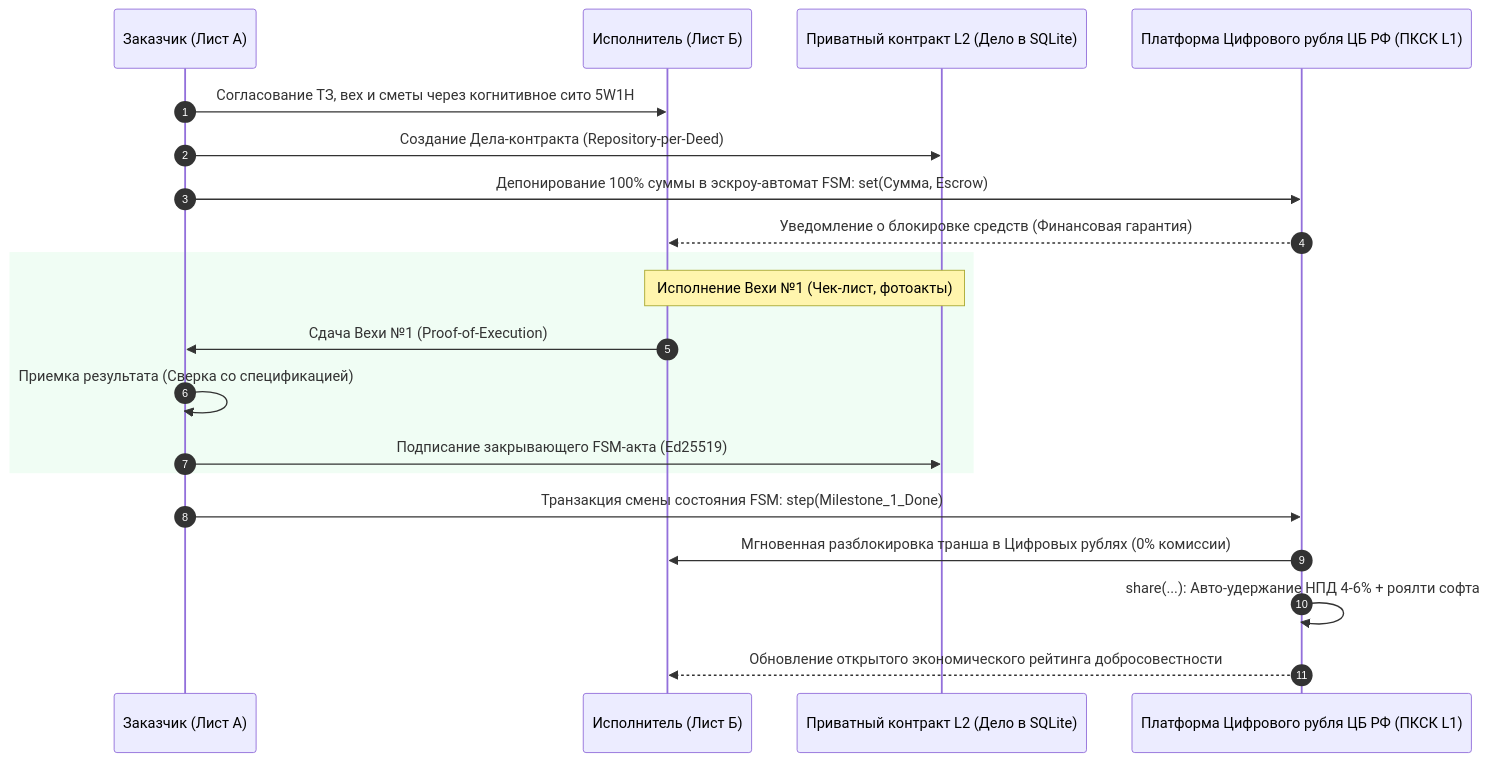
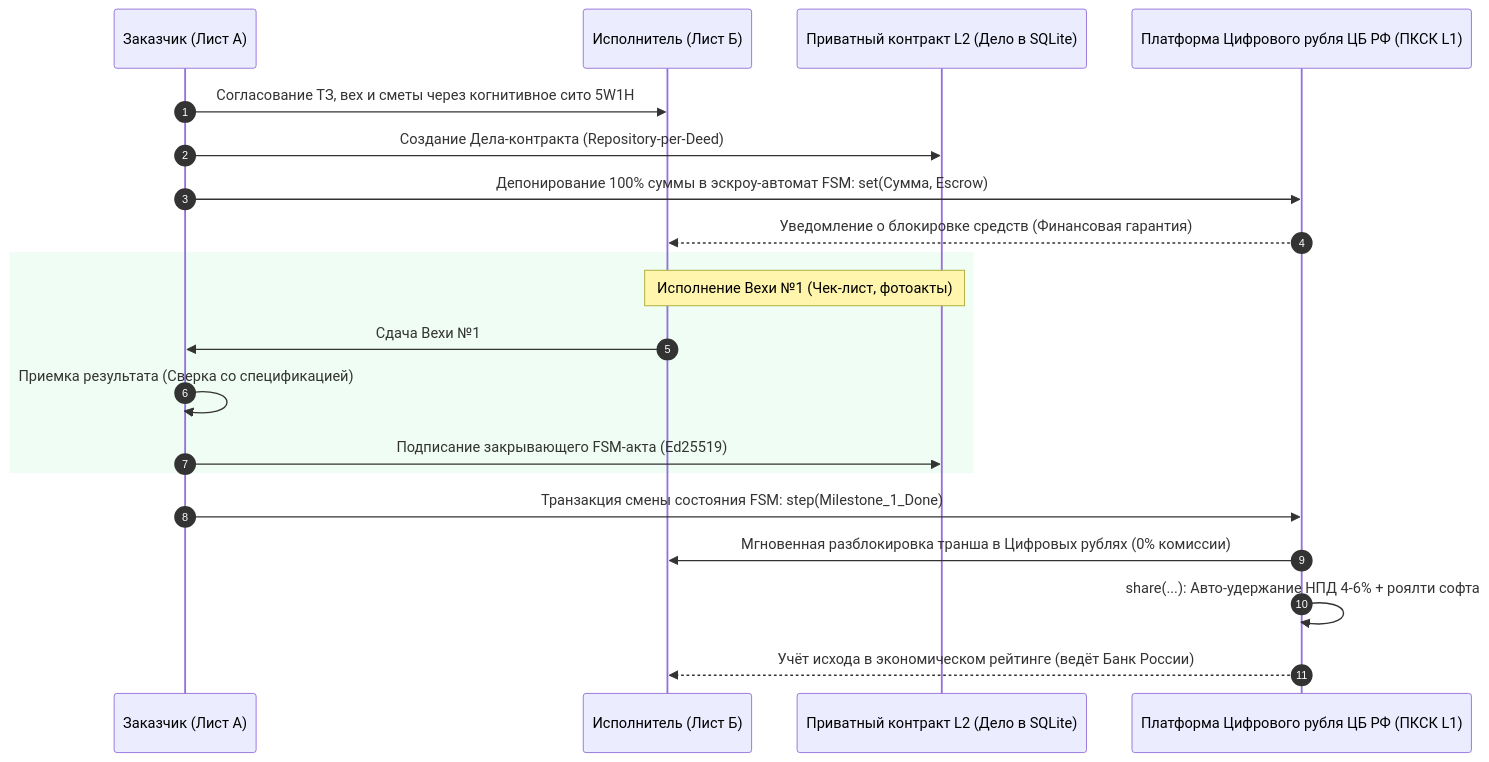
One commit to Data-Independence-Network/presentations changed the fifth of 7 diagrams in shared_docs/whitepapers/applications/gogetter/GoGetter_Ecosystem_Impact_Guide.md. Above: the diagram before and after it, drawn with Mermaid. The commit also changed other lines of this file and 10 other files, not shown here.

````diff
--- a/shared_docs/whitepapers/applications/gogetter/GoGetter_Ecosystem_Impact_Guide.md
+++ b/shared_docs/whitepapers/applications/gogetter/GoGetter_Ecosystem_Impact_Guide.md
@@ -249,25 +249,25 @@
 ```mermaid
 sequenceDiagram
     autonumber
     participant Client as Заказчик (Лист А)
     participant Master as Исполнитель (Лист Б)
     participant L2Deed as Приватный контракт L2 (Дело в SQLite)
     participant CBR_L1 as Платформа Цифрового рубля ЦБ РФ (ПКСК L1)
 
     Client->>Master: Согласование ТЗ, вех и сметы через когнитивное сито 5W1H
     Client->>L2Deed: Создание Дела-контракта (Repository-per-Deed)
     Client->>CBR_L1: Депонирование 100% суммы в эскроу-автомат FSM: set(Сумма, Escrow)
     CBR_L1-->>Master: Уведомление о блокировке средств (Финансовая гарантия)
     
     rect rgb(240, 253, 244)
         Note over Master, L2Deed: Исполнение Вехи №1 (Чек-лист, фотоакты)
-        Master->>Client: Сдача Вехи №1 (Proof-of-Execution)
+        Master->>Client: Сдача Вехи №1
         Client->>Client: Приемка результата (Сверка со спецификацией)
         Client->>L2Deed: Подписание закрывающего FSM-акта (Ed25519)
     end
 
     Client->>CBR_L1: Транзакция смены состояния FSM: step(Milestone_1_Done)
     CBR_L1->>Master: Мгновенная разблокировка транша в Цифровых рублях (0% комиссии)
     CBR_L1->>CBR_L1: share(...): Авто-удержание НПД 4-6% + роялти софта
-    CBR_L1-->>Master: Обновление открытого экономического рейтинга добросовестности
+    CBR_L1-->>Master: Учёт исхода в экономическом рейтинге (ведёт Банк России)
 ```
````
